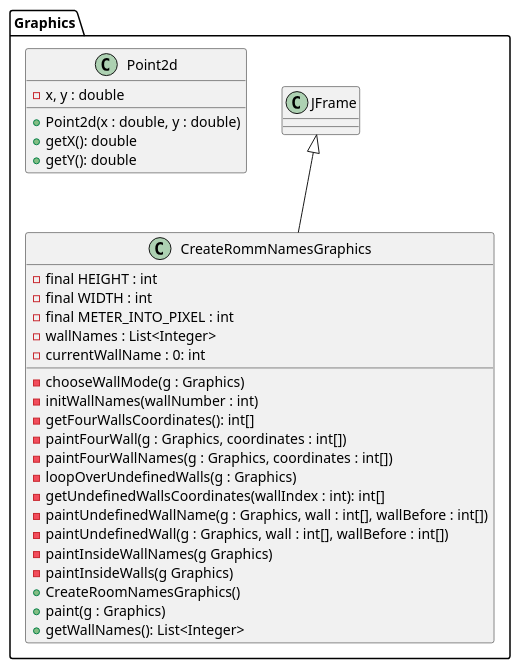
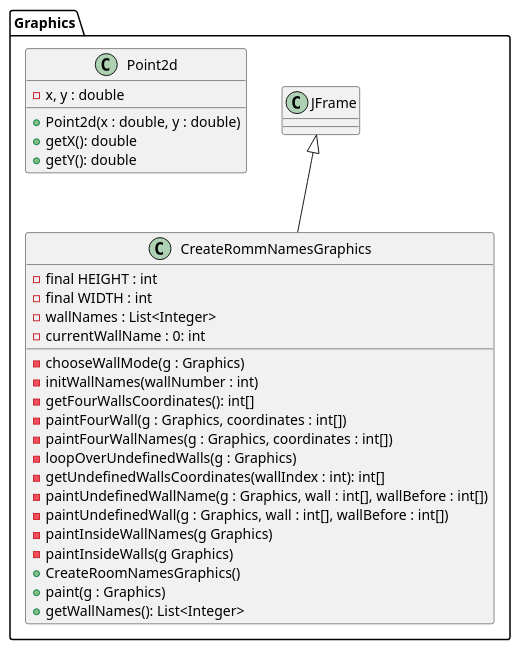
One commit to Raboro/Home-Visualizer changed the diagram in doc/Diagrams/class diagrams/Graphics (2d) class diagram.md. Above: the diagram before and after it, drawn with PlantUML. The commit also changed 1 other file, not shown here.

Commit message:
change updates in class diagrams

````diff
--- a/doc/Diagrams/class diagrams/Graphics (2d) class diagram.md
+++ b/doc/Diagrams/class diagrams/Graphics (2d) class diagram.md
@@ -1,38 +1,37 @@
 ```plantuml
 @startuml
 
 namespace Graphics {
     class CreateRommNamesGraphics extends JFrame{
         - final HEIGHT : int            
         - final WIDTH : int        
-        - final METER_INTO_PIXEL : int     
         - wallNames : List<Integer>
         - currentWallName : 0: int
         - chooseWallMode(g : Graphics)
         - initWallNames(wallNumber : int)
         - getFourWallsCoordinates(): int[]
         - paintFourWall(g : Graphics, coordinates : int[])
         - paintFourWallNames(g : Graphics, coordinates : int[])
         - loopOverUndefinedWalls(g : Graphics)
         - getUndefinedWallsCoordinates(wallIndex : int): int[]
         - paintUndefinedWallName(g : Graphics, wall : int[], wallBefore : int[])
         - paintUndefinedWall(g : Graphics, wall : int[], wallBefore : int[])
         - paintInsideWallNames(g Graphics)
         - paintInsideWalls(g Graphics)
         + CreateRoomNamesGraphics()
         + paint(g : Graphics)
         + getWallNames(): List<Integer>
 
     }
 
     class Point2d{
         - x, y : double
         + Point2d(x : double, y : double)
         + getX(): double
         + getY(): double
     }
 }
 
 @enduml
 
 ```
````
